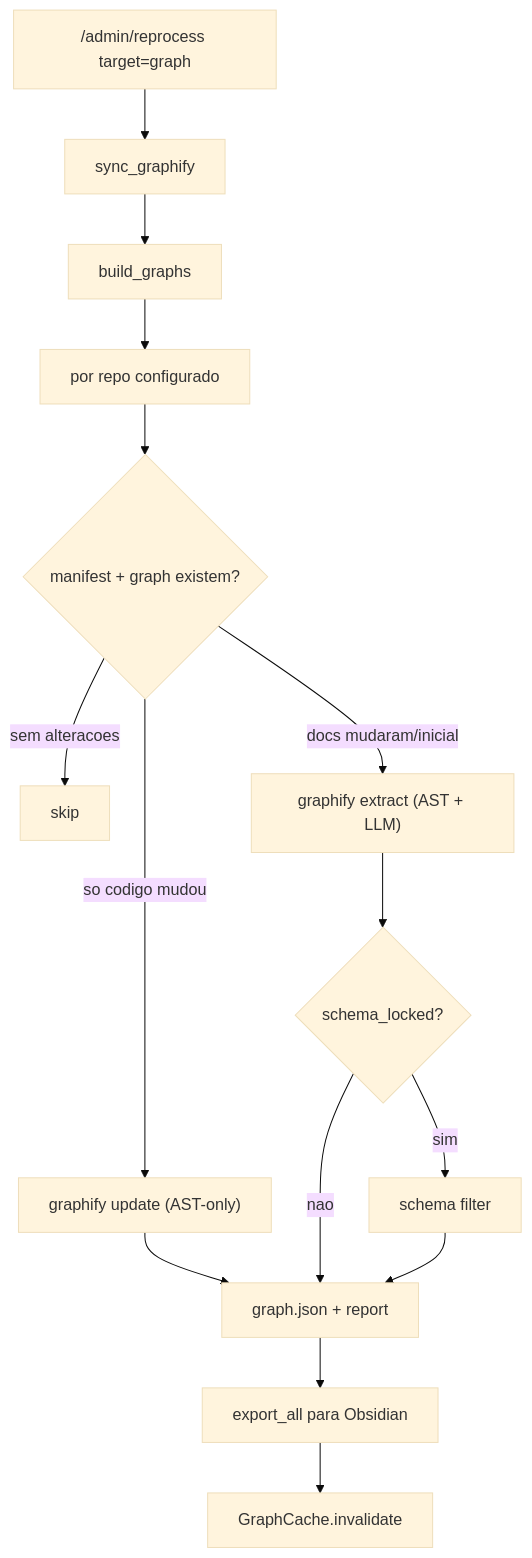
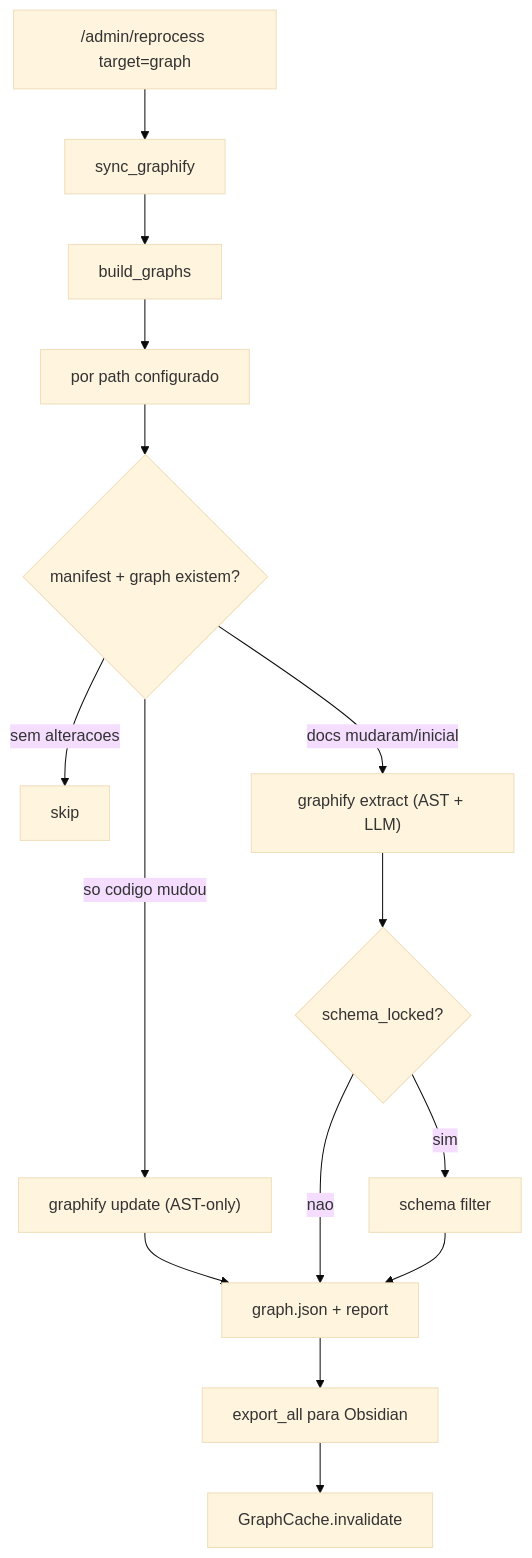
One commit to PedroMglo/symbiont changed the first of 2 diagrams in obsidian-rag/docs/graphify.md. Above: the diagram before and after it, drawn with Mermaid (base theme). The commit also changed other lines of this file and 833 other files, not shown here.

````diff
--- a/obsidian-rag/docs/graphify.md
+++ b/obsidian-rag/docs/graphify.md
@@ -33,17 +34,17 @@
 ```mermaid
 flowchart TD
     admin["/admin/reprocess target=graph"] --> sync_graphify[sync_graphify]
     sync_graphify --> build_graphs[build_graphs]
-    build_graphs --> each[por repo configurado]
+    build_graphs --> each[por path configurado]
     each --> detect{manifest + graph existem?}
     detect -- sem alteracoes --> skip[skip]
     detect -- so codigo mudou --> update["graphify update (AST-only)"]
     detect -- docs mudaram/inicial --> extract["graphify extract (AST + LLM)"]
     extract --> schema{schema_locked?}
     update --> output[graph.json + report]
     schema -- sim --> filter[schema filter]
     schema -- nao --> output
     filter --> output
     output --> export[export_all para Obsidian]
     export --> invalidate[GraphCache.invalidate]
 ```
````
